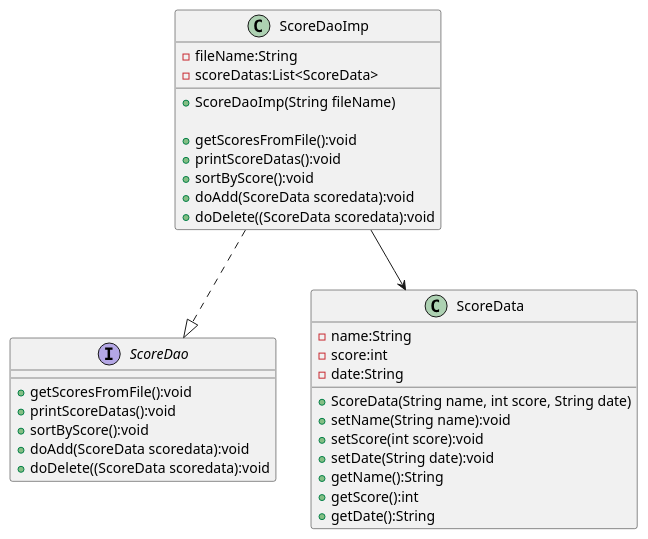
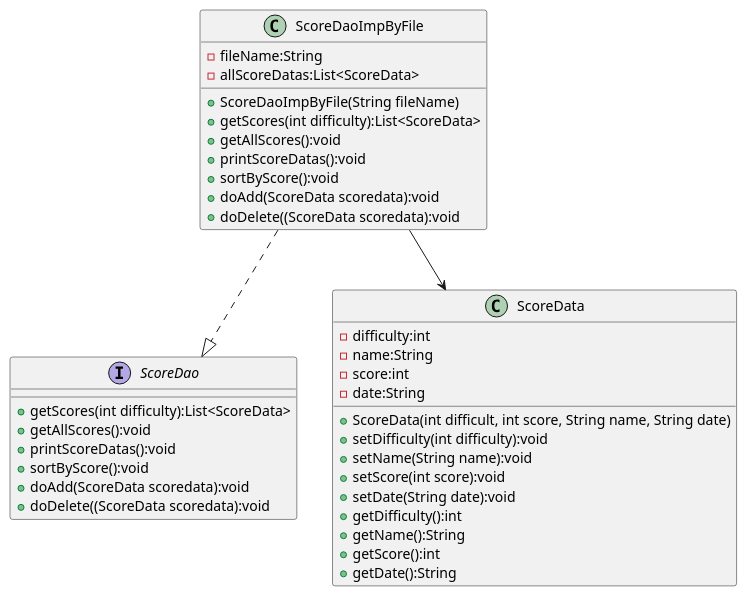
One commit to arth-saer/AircraftWar changed the diagram in uml/dao.puml. Above: the diagram before and after it, drawn with PlantUML. The commit also changed 77 other files, not shown here.

```diff
--- a/uml/dao.puml
+++ b/uml/dao.puml
@@ -1,43 +1,48 @@
 @startuml
 'https://plantuml.com/class-diagram
 
 interface ScoreDao{
-    + getScoresFromFile():void
+    + getScores(int difficulty):List<ScoreData>
+    + getAllScores():void
     + printScoreDatas():void
     + sortByScore():void
     + doAdd(ScoreData scoredata):void
     + doDelete((ScoreData scoredata):void
 
 }
-class  ScoreDaoImp{
+class  ScoreDaoImpByFile{
 
     - fileName:String
-    - scoreDatas:List<ScoreData>
-    + ScoreDaoImp(String fileName)
+    - allScoreDatas:List<ScoreData>
 
-    + getScoresFromFile():void
+    + ScoreDaoImpByFile(String fileName)
+    + getScores(int difficulty):List<ScoreData>
+    + getAllScores():void
     + printScoreDatas():void
     + sortByScore():void
     + doAdd(ScoreData scoredata):void
     + doDelete((ScoreData scoredata):void
 
 }
 class ScoreData{
+    - difficulty:int
     - name:String
     - score:int
     - date:String
-    + ScoreData(String name, int score, String date)
+    + ScoreData(int difficult, int score, String name, String date)
+    + setDifficulty(int difficulty):void
     + setName(String name):void
     + setScore(int score):void
     + setDate(String date):void
+    + getDifficulty():int
     + getName():String
     + getScore():int
     + getDate():String
 
 }
 
-ScoreDaoImp ..|> ScoreDao
+ScoreDaoImpByFile ..|> ScoreDao
 
-ScoreDaoImp --> ScoreData
+ScoreDaoImpByFile --> ScoreData
 
 @enduml
```
